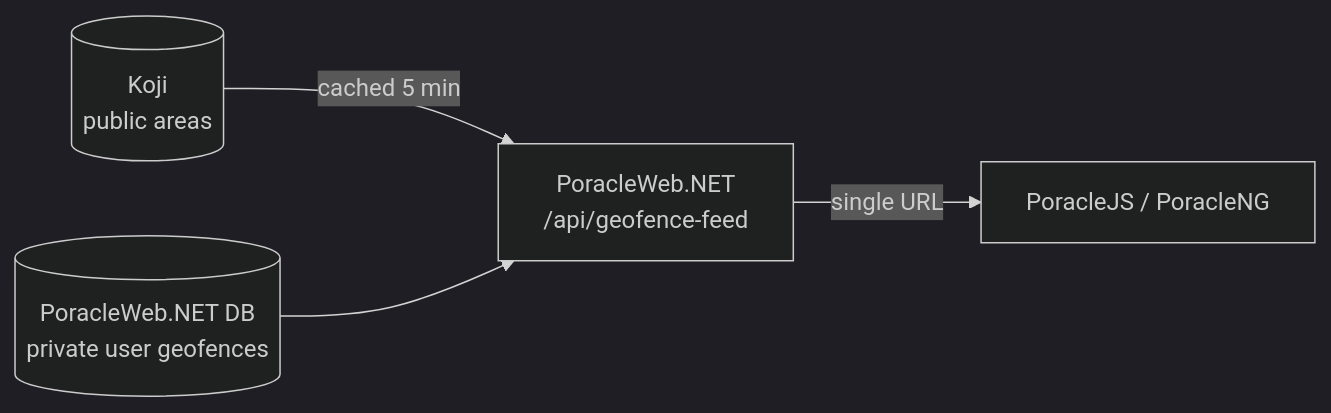
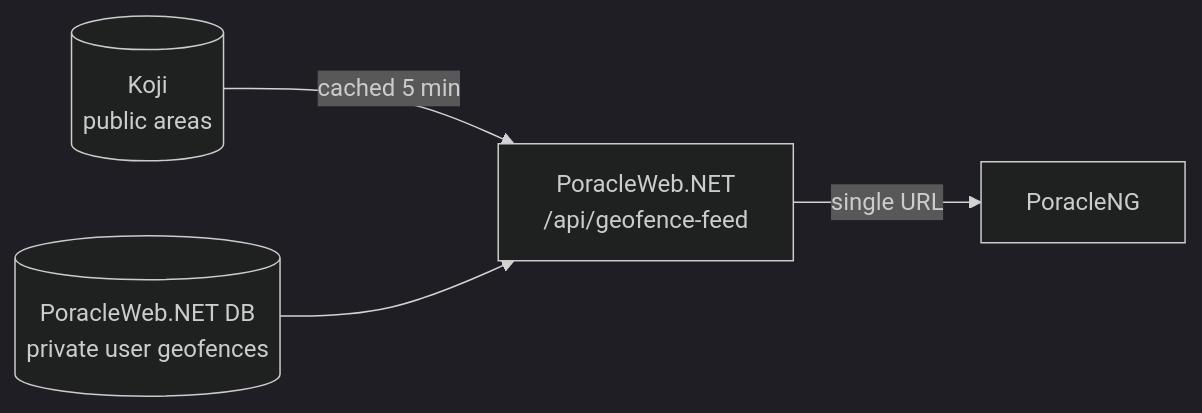
The second of 2 diagrams in docs/features/custom-geofences/index.md (PGAN-Dev/PoracleWeb.NET), drawn with Mermaid (dark theme) before and after one commit. The commit also changed other lines of this file and 8 other files, not shown here.

````diff
--- a/docs/features/custom-geofences/index.md
+++ b/docs/features/custom-geofences/index.md
@@ -23,6 +23,6 @@
 ```mermaid
 flowchart LR
     Koji[(Koji<br/>public areas)] -->|cached 5 min| Feed
     DB[(PoracleWeb.NET DB<br/>private user geofences)] --> Feed
-    Feed["PoracleWeb.NET<br/>/api/geofence-feed"] -->|single URL| Bot[PoracleJS / PoracleNG]
+    Feed["PoracleWeb.NET<br/>/api/geofence-feed"] -->|single URL| Bot[PoracleNG]
 ```
````
